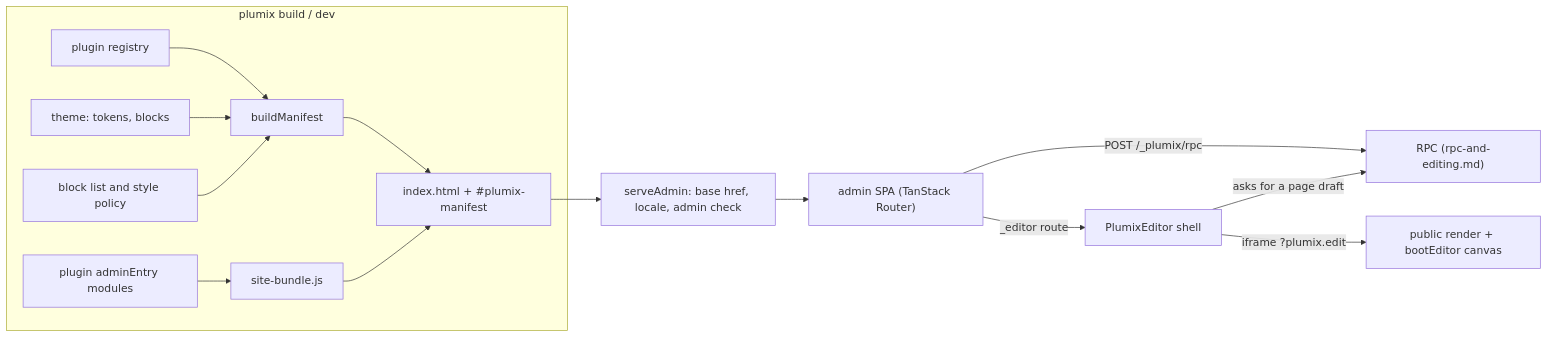
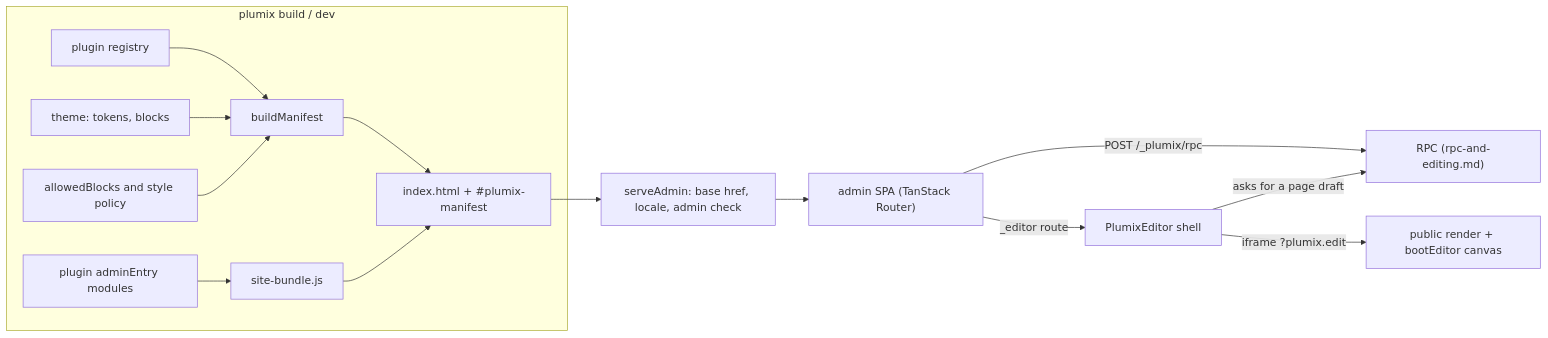
One commit to withplumix/plumix changed the diagram in docs/architecture/admin-and-editor.md. Above: the diagram before and after it, drawn with Mermaid. The commit also changed other lines of this file and 66 other files, not shown here.

First line of the commit message:
feat(core): let the theme list the blocks the editor allows

````diff
--- a/docs/architecture/admin-and-editor.md
+++ b/docs/architecture/admin-and-editor.md
@@ -7,17 +7,17 @@
 ```mermaid
 flowchart LR
   subgraph build["plumix build / dev"]
     REG["plugin registry"] --> BM["buildManifest"]
     TH["theme: tokens, blocks"] --> BM
-    POL["block list and style policy"] --> BM
+    POL["allowedBlocks and style policy"] --> BM
     BM --> HTML["index.html + #plumix-manifest"]
     AE["plugin adminEntry modules"] --> SB["site-bundle.js"]
     SB --> HTML
   end
   HTML --> SA["serveAdmin: base href, locale, admin check"]
   SA --> SPA["admin SPA (TanStack Router)"]
   SPA -- "POST /_plumix/rpc" --> RPC["RPC (rpc-and-editing.md)"]
   SPA -- "_editor route" --> ES["PlumixEditor shell"]
   ES -- "iframe ?plumix.edit" --> CV["public render + bootEditor canvas"]
   ES -- "asks for a page draft" --> RPC
 ```
````
